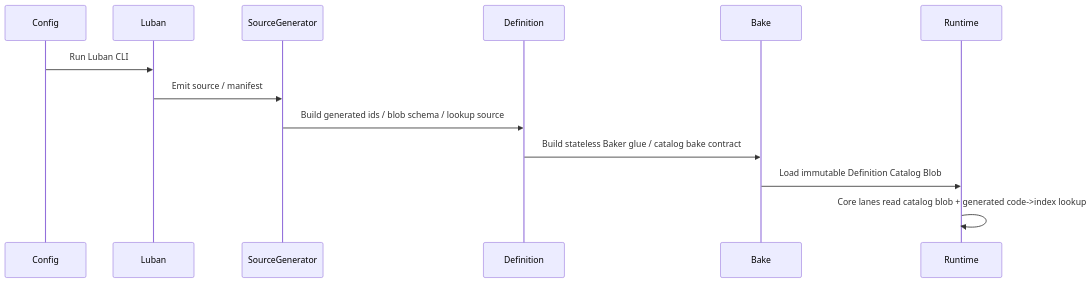
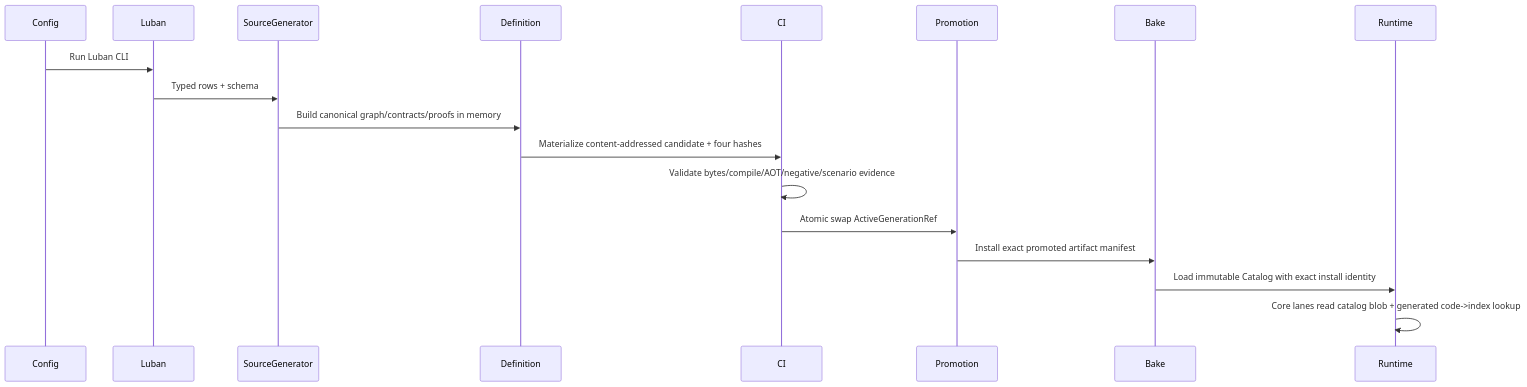
Before and after one commit to Bo-ki/gameplay-ability-system-for-unity: the third of 3 diagrams in 方案讨论/针对2.0的ECS架构的迭代方案讨论/01-目标态架构共识/08-Luban-SourceGenerator配置生成链路Spec.md, drawn with Mermaid. The commit also changed other lines of this file and 10 other files, not shown here.

````diff
--- a/方案讨论/针对2.0的ECS架构的迭代方案讨论/01-目标态架构共识/08-Luban-SourceGenerator配置生成链路Spec.md
+++ b/方案讨论/针对2.0的ECS架构的迭代方案讨论/01-目标态架构共识/08-Luban-SourceGenerator配置生成链路Spec.md
@@ -116,16 +124,21 @@
 ```mermaid
 sequenceDiagram
     participant Config
     participant Luban
     participant SourceGenerator
     participant Definition
+    participant CI
+    participant Promotion
     participant Bake
     participant Runtime
 
     Config->>Luban: Run Luban CLI
-    Luban->>SourceGenerator: Emit source / manifest
-    SourceGenerator->>Definition: Build generated ids / blob schema / lookup source
-    Definition->>Bake: Build stateless Baker glue / catalog bake contract
-    Bake->>Runtime: Load immutable Definition Catalog Blob
+    Luban->>SourceGenerator: Typed rows + schema
+    SourceGenerator->>Definition: Build canonical graph/contracts/proofs in memory
+    Definition->>CI: Materialize content-addressed candidate + four hashes
+    CI->>CI: Validate bytes/compile/AOT/negative/scenario evidence
+    CI->>Promotion: Atomic swap ActiveGenerationRef
+    Promotion->>Bake: Install exact promoted artifact manifest
+    Bake->>Runtime: Load immutable Catalog with exact install identity
     Runtime->>Runtime: Core lanes read catalog blob + generated code->index lookup
 ```
````
